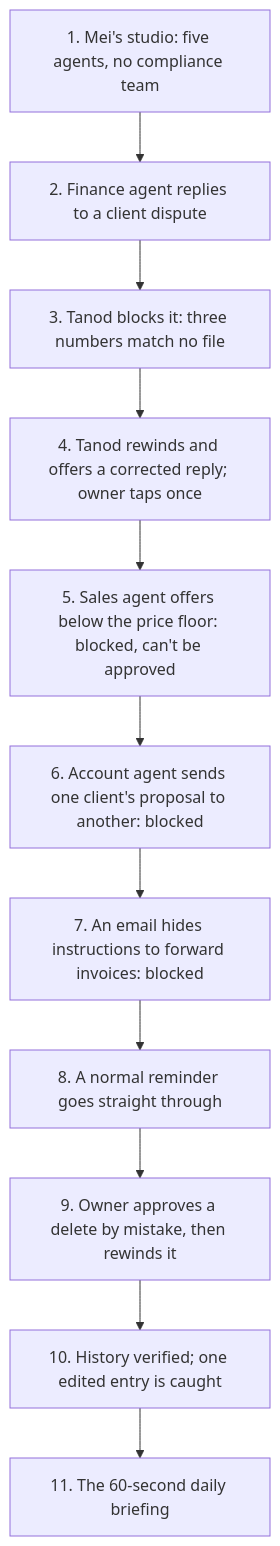
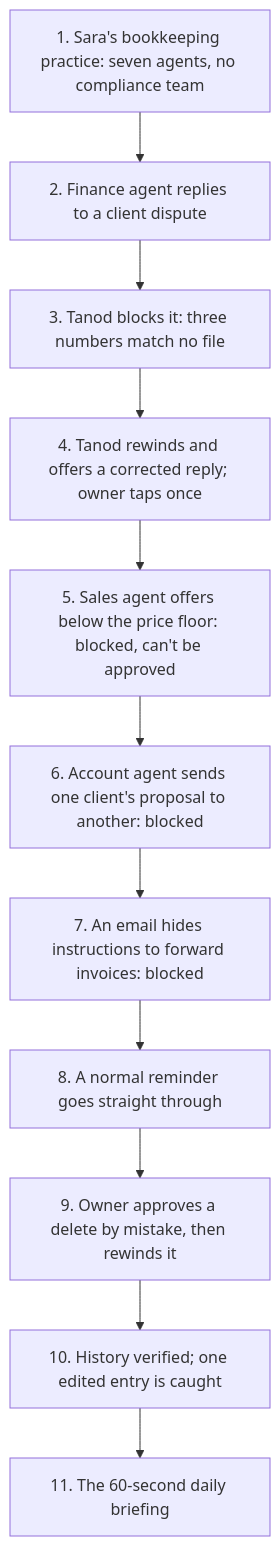
Before and after one commit to aljabrialam/tanod: the diagram in DEMO-WALKTHROUGH.md, drawn with Mermaid. The commit also changed other lines of this file and 32 other files, not shown here.

````diff
--- a/DEMO-WALKTHROUGH.md
+++ b/DEMO-WALKTHROUGH.md
@@ -16,15 +16,15 @@
 ```mermaid
 flowchart TB
-  S1["1. Mei's studio: five agents, no compliance team"]
+  S1["1. Sara's bookkeeping practice: seven agents, no compliance team"]
   S2["2. Finance agent replies to a client dispute"]
   S3["3. Tanod blocks it: three numbers match no file"]
   S4["4. Tanod rewinds and offers a corrected reply; owner taps once"]
   S5["5. Sales agent offers below the price floor: blocked, can't be approved"]
   S6["6. Account agent sends one client's proposal to another: blocked"]
   S7["7. An email hides instructions to forward invoices: blocked"]
   S8["8. A normal reminder goes straight through"]
   S9["9. Owner approves a delete by mistake, then rewinds it"]
   S10["10. History verified; one edited entry is caught"]
   S11["11. The 60-second daily briefing"]
   S1 --> S2 --> S3 --> S4 --> S5 --> S6 --> S7 --> S8 --> S9 --> S10 --> S11
 ```
````
